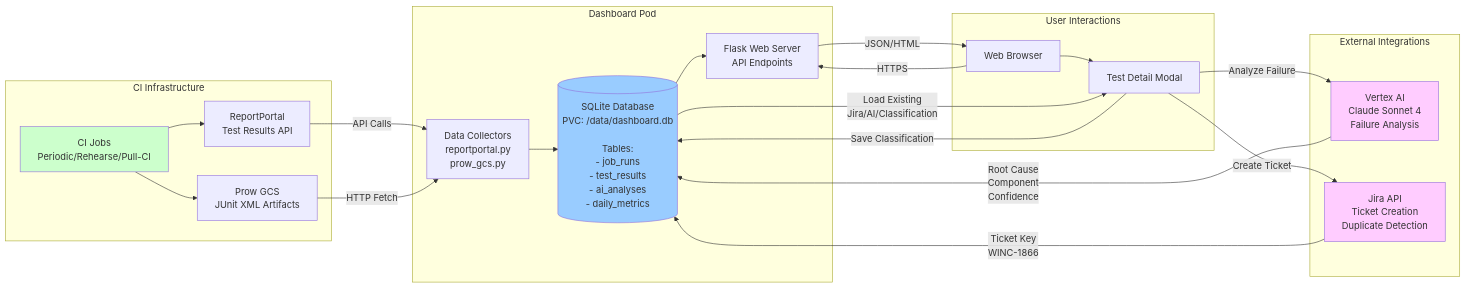
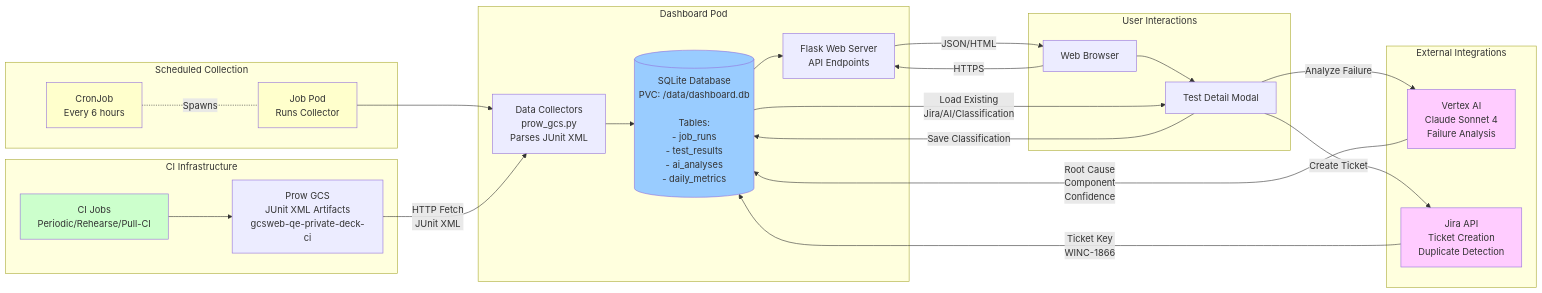
The diagram in diagrams/data-flow.mmd (redhat-community-ai-tools/ci-dashboard-tracker), drawn with Mermaid before and after one commit. The commit also changed 6 other files, not shown here.

First line of the commit message:
Simplify architecture: single dashboard deployment, remove ReportPortal, add CronJob

```diff
--- a/diagrams/data-flow.mmd
+++ b/diagrams/data-flow.mmd
@@ -1,48 +1,55 @@
 graph LR
     subgraph "CI Infrastructure"
         Jobs[CI Jobs<br/>Periodic/Rehearse/Pull-CI]
-        RP[ReportPortal<br/>Test Results API]
-        GCS[Prow GCS<br/>JUnit XML Artifacts]
+        GCS[Prow GCS<br/>JUnit XML Artifacts<br/>gcsweb-qe-private-deck-ci]
     end
 
     subgraph "Dashboard Pod"
-        Collector[Data Collectors<br/>reportportal.py<br/>prow_gcs.py]
+        Collector[Data Collectors<br/>prow_gcs.py<br/>Parses JUnit XML]
         DB[(SQLite Database<br/>PVC: /data/dashboard.db<br/><br/>Tables:<br/>- job_runs<br/>- test_results<br/>- ai_analyses<br/>- daily_metrics)]
         Flask[Flask Web Server<br/>API Endpoints]
 
         Collector --> DB
         DB --> Flask
+    end
+
+    subgraph "Scheduled Collection"
+        CronJob[CronJob<br/>Every 6 hours]
+        JobPod[Job Pod<br/>Runs Collector]
+
+        CronJob -.Spawns.- JobPod
+        JobPod --> Collector
     end
 
     subgraph "User Interactions"
         Browser[Web Browser]
         Modal[Test Detail Modal]
     end
 
     subgraph "External Integrations"
         AI[Vertex AI<br/>Claude Sonnet 4<br/>Failure Analysis]
         JIRA[Jira API<br/>Ticket Creation<br/>Duplicate Detection]
     end
 
-    Jobs --> RP
     Jobs --> GCS
-    RP -->|API Calls| Collector
-    GCS -->|HTTP Fetch| Collector
+    GCS -->|HTTP Fetch<br/>JUnit XML| Collector
 
     Browser -->|HTTPS| Flask
     Flask -->|JSON/HTML| Browser
     Browser --> Modal
 
     Modal -->|Analyze Failure| AI
     AI -->|Root Cause<br/>Component<br/>Confidence| DB
 
     Modal -->|Create Ticket| JIRA
     JIRA -->|Ticket Key<br/>WINC-1866| DB
 
     Modal -->|Save Classification| DB
     DB -->|Load Existing<br/>Jira/AI/Classification| Modal
 
     style DB fill:#99ccff
     style AI fill:#ffccff
     style JIRA fill:#ffccff
     style Jobs fill:#ccffcc
+    style CronJob fill:#ffffcc
+    style JobPod fill:#ffffcc
```
